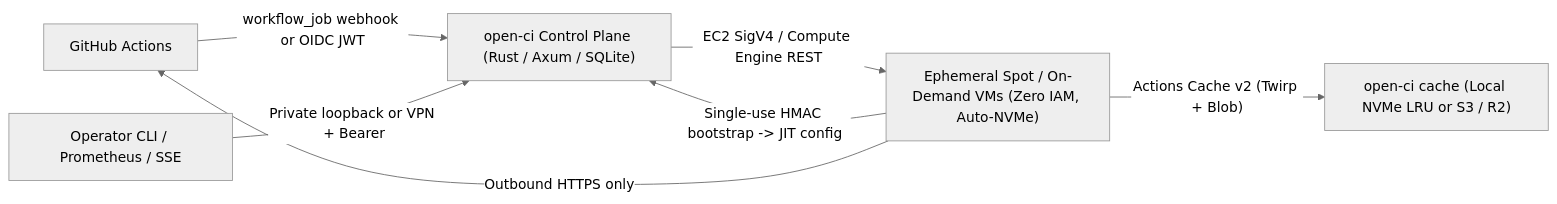
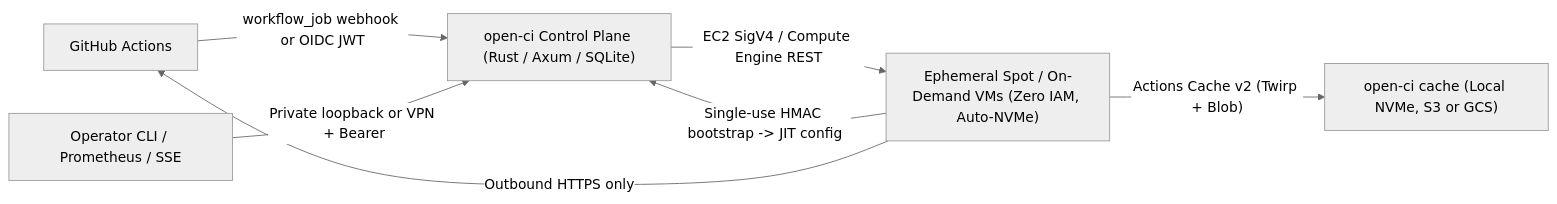
The diagram in README.md (katchlabs/open-ci), drawn with Mermaid (neutral theme) before and after one commit. The commit also changed other lines of this file and 66 other files, not shown here.

````diff
--- a/README.md
+++ b/README.md
@@ -11,9 +11,9 @@
 ```mermaid
 flowchart LR
     GH["GitHub Actions"] -->|"workflow_job webhook or OIDC JWT"| CP["open-ci Control Plane (Rust / Axum / SQLite)"]
     CP -->|"EC2 SigV4 / Compute Engine REST"| VM["Ephemeral Spot / On-Demand VMs (Zero IAM, Auto-NVMe)"]
     VM -->|"Single-use HMAC bootstrap -> JIT config"| CP
-    VM -->|"Actions Cache v2 (Twirp + Blob)"| CACHE["open-ci cache (Local NVMe LRU or S3 / R2)"]
+    VM -->|"Actions Cache v2 (Twirp + Blob)"| CACHE["open-ci cache (Local NVMe, S3 or GCS)"]
     VM -->|"Outbound HTTPS only"| GH
     OP["Operator CLI / Prometheus / SSE"] -->|"Private loopback or VPN + Bearer"| CP
 ```
````
